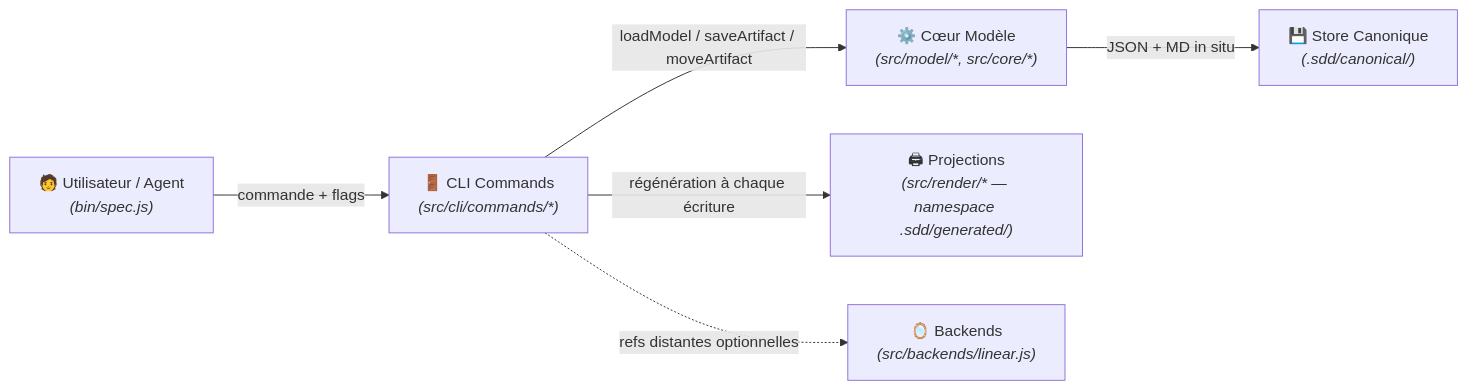
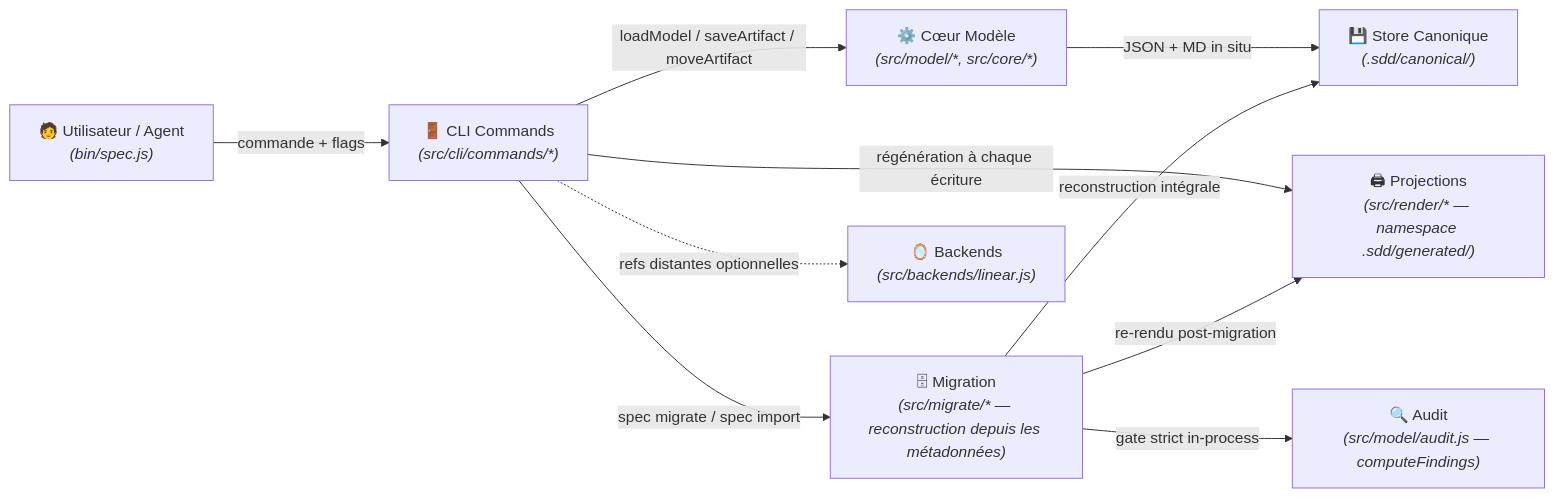
One commit to ngdo-pro/sdd changed the diagram in .sdd/knowledge/domains/workspace-management/tech.md. Above: the diagram before and after it, drawn with Mermaid. The commit also changed other lines of this file and 8 other files, not shown here.

````diff
--- a/.sdd/knowledge/domains/workspace-management/tech.md
+++ b/.sdd/knowledge/domains/workspace-management/tech.md
@@ -10,9 +10,13 @@
 ```mermaid
 flowchart LR
     U["🧑 Utilisateur / Agent<br><i>(bin/spec.js)</i>"]
     -->|commande + flags| CLI["🚪 CLI Commands<br><i>(src/cli/commands/*)</i>"]
     CLI -->|loadModel / saveArtifact / moveArtifact| Core["⚙️ Cœur Modèle<br><i>(src/model/*, src/core/*)</i>"]
     Core -->|JSON + MD in situ| Disk["💾 Store Canonique<br><i>(.sdd/canonical/)</i>"]
     CLI -->|régénération à chaque écriture| Render["🖨 Projections<br><i>(src/render/* — namespace .sdd/generated/)</i>"]
+    CLI -->|spec migrate / spec import| Migrate["🗄 Migration<br><i>(src/migrate/* — reconstruction depuis les métadonnées)</i>"]
+    Migrate -->|reconstruction intégrale| Disk
+    Migrate -->|gate strict in-process| Audit["🔍 Audit<br><i>(src/model/audit.js — computeFindings)</i>"]
+    Migrate -->|re-rendu post-migration| Render
     CLI -.->|refs distantes optionnelles| Mirror["🪞 Backends<br><i>(src/backends/linear.js)</i>"]
 ```
````
